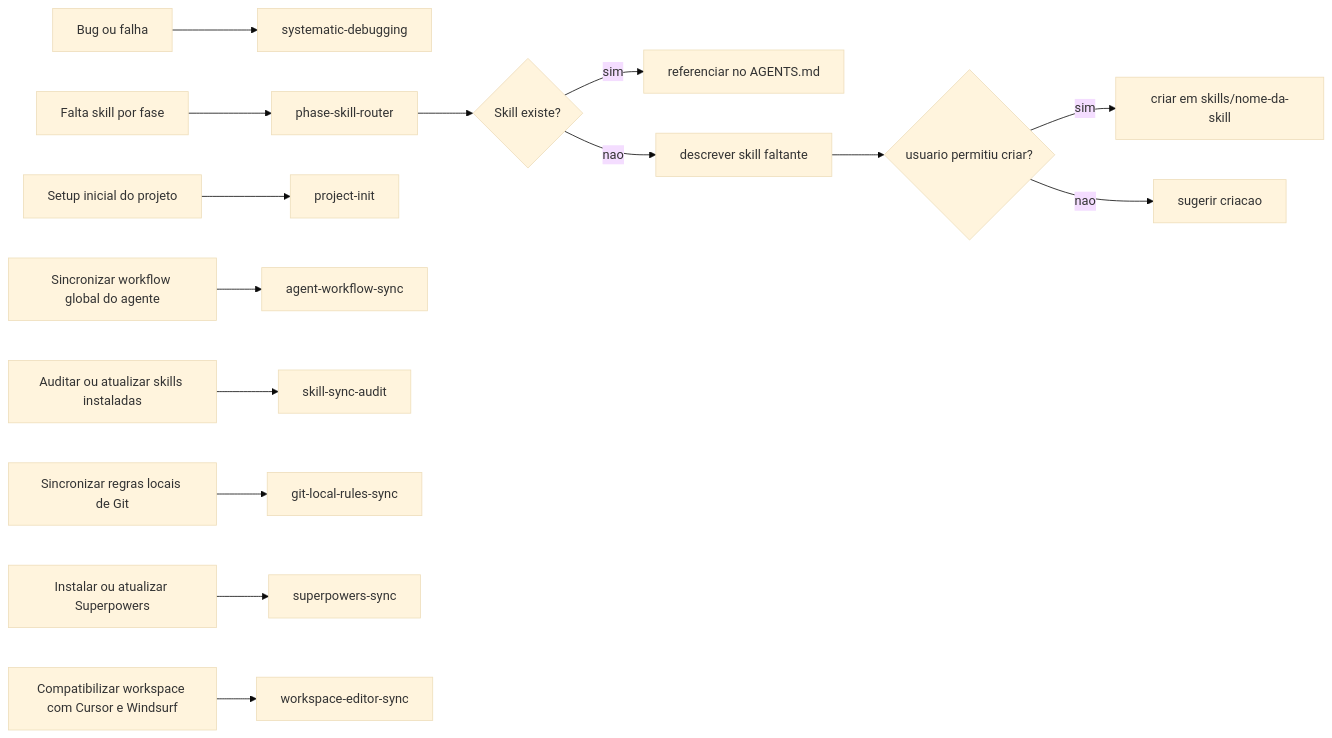
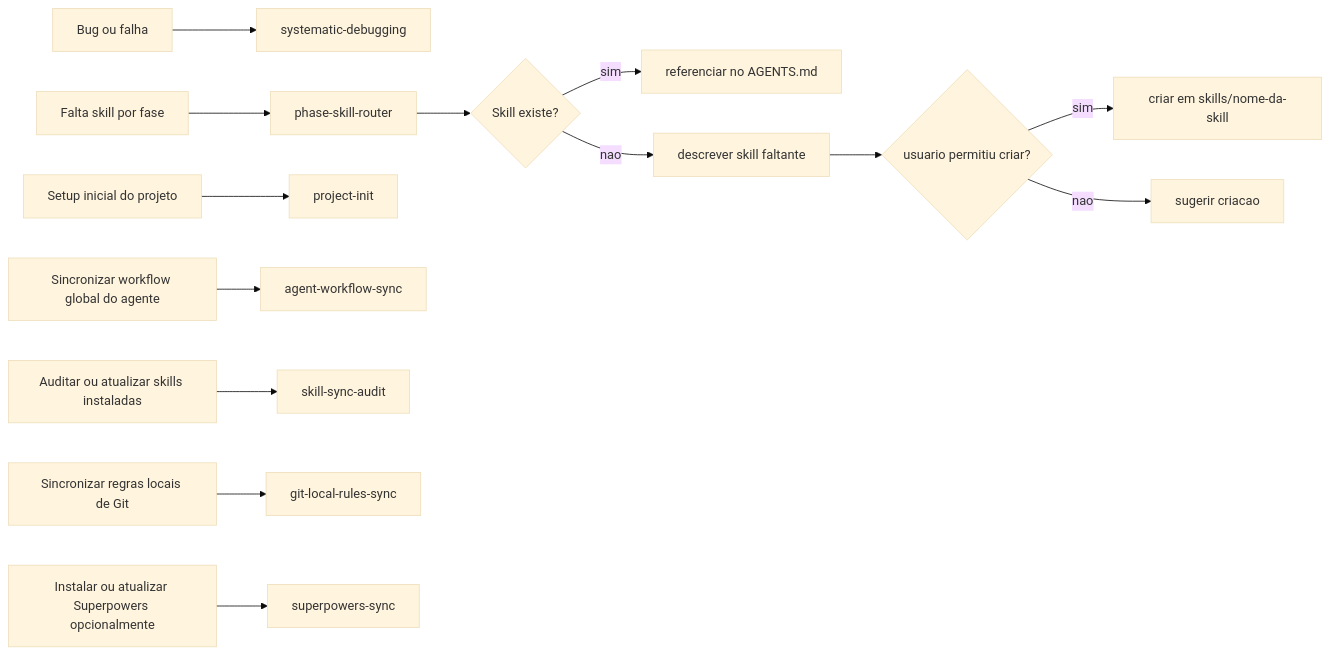
The third of 3 diagrams in docs/workflow-flowchart.md (eduardosanson/agentic-dev-playbook), drawn with Mermaid (base theme) before and after one commit. The commit also changed other lines of this file and 13 other files, not shown here.

````diff
--- a/docs/workflow-flowchart.md
+++ b/docs/workflow-flowchart.md
@@ -201,17 +201,16 @@
 ```mermaid
 flowchart LR
     A[Bug ou falha] --> B[systematic-debugging]
     C[Falta skill por fase] --> D[phase-skill-router]
     D --> E{Skill existe?}
     E -- sim --> F[referenciar no AGENTS.md]
     E -- nao --> G[descrever skill faltante]
     G --> H{usuario permitiu criar?}
     H -- sim --> I[criar em skills/nome-da-skill]
     H -- nao --> J[sugerir criacao]
     K[Setup inicial do projeto] --> L[project-init]
     M[Sincronizar workflow global do agente] --> N[agent-workflow-sync]
     O[Auditar ou atualizar skills instaladas] --> P[skill-sync-audit]
     Q[Sincronizar regras locais de Git] --> R[git-local-rules-sync]
-    S[Instalar ou atualizar Superpowers] --> T[superpowers-sync]
-    U[Compatibilizar workspace com Cursor e Windsurf] --> V[workspace-editor-sync]
+    S[Instalar ou atualizar Superpowers opcionalmente] --> T[superpowers-sync]
 ```
````
